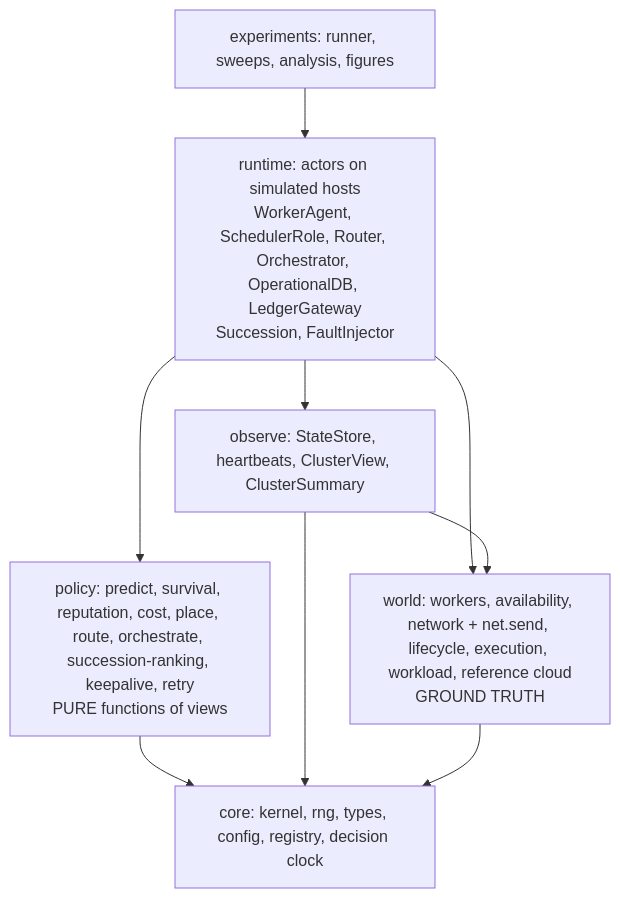
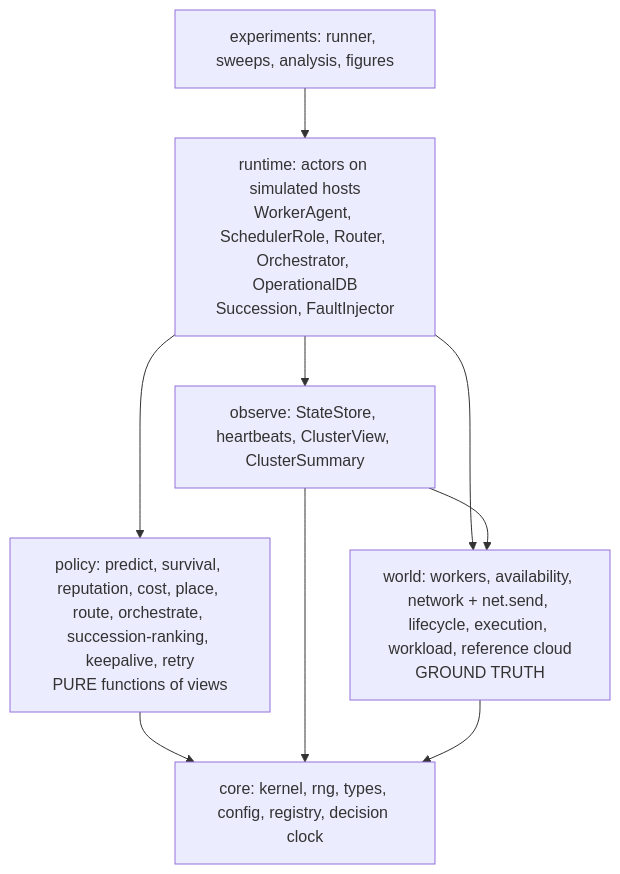
Before and after one commit to aalhadsawane/VOSS: the first of 2 diagrams in docs/architecture/00-overview.md, drawn with Mermaid. The commit also changed other lines of this file and 16 other files, not shown here.

First line of the commit message:
Design: vetted-honest threat model, no blockchain, DB schema and protocols, worker readiness

````diff
--- a/docs/architecture/00-overview.md
+++ b/docs/architecture/00-overview.md
@@ -47,12 +47,12 @@
 ```mermaid
 flowchart TD
     E[experiments: runner, sweeps, analysis, figures] --> RT
-    RT[runtime: actors on simulated hosts<br/>WorkerAgent, SchedulerRole, Router, Orchestrator, OperationalDB, LedgerGateway<br/>Succession, FaultInjector]
+    RT[runtime: actors on simulated hosts<br/>WorkerAgent, SchedulerRole, Router, Orchestrator, OperationalDB<br/>Succession, FaultInjector]
     RT --> POL[policy: predict, survival, reputation, cost, place, route, orchestrate, succession-ranking, keepalive, retry<br/>PURE functions of views]
     RT --> OBS[observe: StateStore, heartbeats, ClusterView, ClusterSummary]
     RT --> W[world: workers, availability, network + net.send, lifecycle, execution, workload, reference cloud<br/>GROUND TRUTH]
     OBS --> W
     POL --> CORE
     OBS --> CORE
     W --> CORE[core: kernel, rng, types, config, registry, decision clock]
 ```
````
